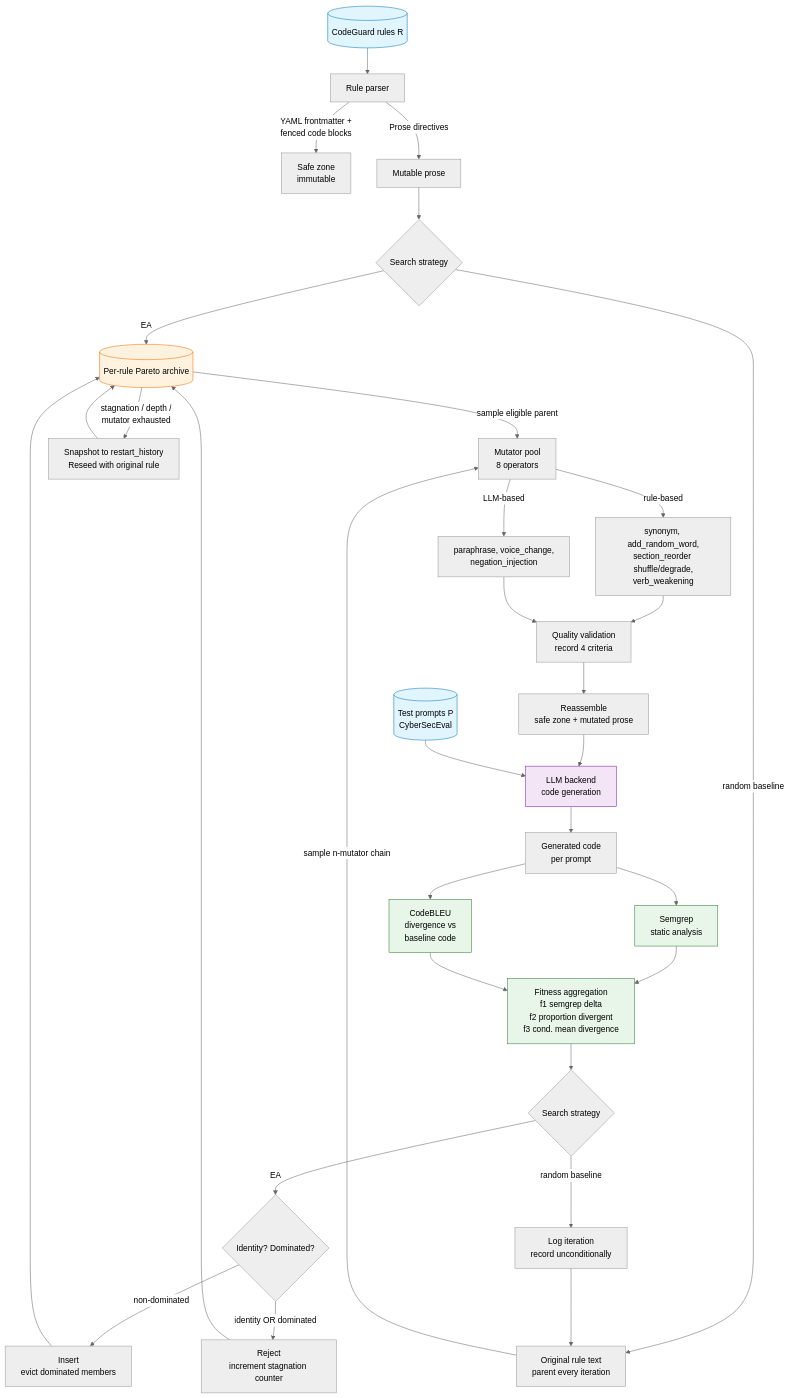
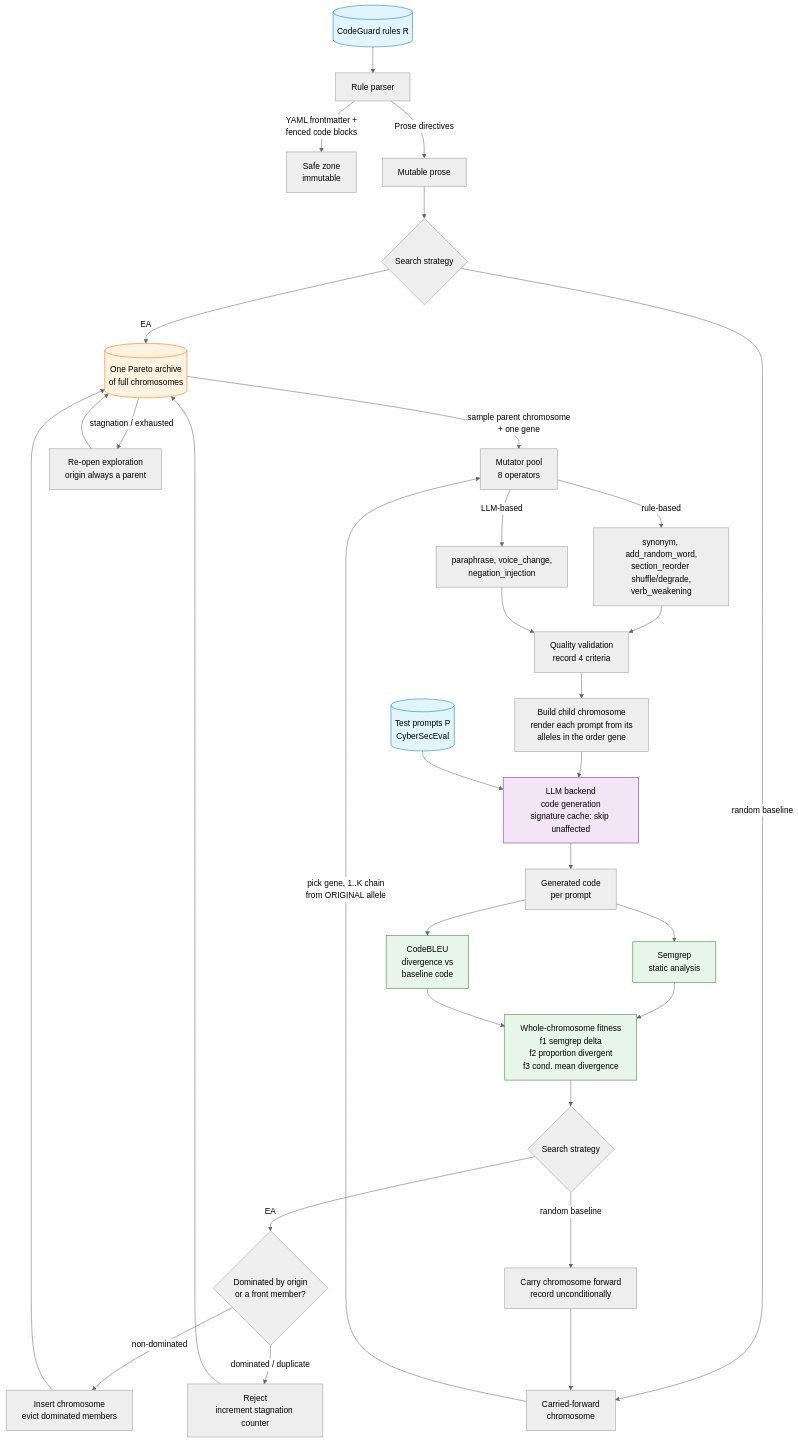
Before and after one commit to RobertoN0/rule-mutation: the diagram in ARCHITECTURE.md, drawn with Mermaid (neutral theme). The commit also changed other lines of this file and 2 other files, not shown here.

First line of the commit message:
docs: rewrite architecture/README/IMPLEMENTATION for the chromosome design

````diff
--- a/ARCHITECTURE.md
+++ b/ARCHITECTURE.md
@@ -16,59 +20,59 @@
 ```mermaid
 flowchart TD
     %% ===== Inputs =====
     R[("CodeGuard rules R")]
     P[("Test prompts P<br/>CyberSecEval")]
 
     %% ===== Rule parsing / safe-zone contract =====
     R --> RP[Rule parser]
     RP -->|YAML frontmatter +<br/>fenced code blocks| SZ[Safe zone<br/>immutable]
     RP -->|Prose directives| MZ[Mutable prose]
 
     %% ===== Strategy split: parent selection =====
     MZ --> STRAT{Search strategy}
-    STRAT -->|EA| ARC[("Per-rule Pareto archive")]
-    STRAT -->|random baseline| ORIG[Original rule text<br/>parent every iteration]
-    ARC -->|sample eligible parent| MUT[Mutator pool<br/>8 operators]
-    ORIG -->|sample n-mutator chain| MUT
+    STRAT -->|EA| ARC[("One Pareto archive<br/>of full chromosomes")]
+    STRAT -->|random baseline| CUR[Carried-forward<br/>chromosome]
+    ARC -->|sample parent chromosome<br/>+ one gene| MUT[Mutator pool<br/>8 operators]
+    CUR -->|pick gene, 1..K chain<br/>from ORIGINAL allele| MUT
 
     %% ===== Mutator pool =====
     MUT -->|rule-based| MB[synonym, add_random_word,<br/>section_reorder shuffle/degrade,<br/>verb_weakening]
     MUT -->|LLM-based| LB[paraphrase, voice_change,<br/>negation_injection]
     MB --> QV[Quality validation<br/>record 4 criteria]
     LB --> QV
-    QV --> ASM[Reassemble<br/>safe zone + mutated prose]
+    QV --> ASM[Build child chromosome<br/>render each prompt from its<br/>alleles in the order gene]
 
     %% ===== Fitness evaluation =====
-    ASM --> LLM[LLM backend<br/>code generation]
+    ASM --> LLM[LLM backend<br/>code generation<br/>signature cache: skip unaffected]
     P --> LLM
     LLM --> CODE[Generated code<br/>per prompt]
     CODE --> SG[Semgrep<br/>static analysis]
     CODE --> CB[CodeBLEU<br/>divergence vs<br/>baseline code]
-    SG --> FIT["Fitness aggregation<br/>f1 semgrep delta<br/>f2 proportion divergent<br/>f3 cond. mean divergence"]
+    SG --> FIT["Whole-chromosome fitness<br/>f1 semgrep delta<br/>f2 proportion divergent<br/>f3 cond. mean divergence"]
     CB --> FIT
 
     %% ===== Acceptance: strategy-dependent =====
     FIT --> ACC{Search strategy}
-    ACC -->|EA| TA{Identity? Dominated?}
-    ACC -->|random baseline| LOG[Log iteration<br/>record unconditionally]
-    LOG --> ORIG
-    TA -->|non-dominated| INS[Insert<br/>evict dominated members]
-    TA -->|identity OR dominated| REJ[Reject<br/>increment stagnation counter]
+    ACC -->|EA| TA{Dominated by origin<br/>or a front member?}
+    ACC -->|random baseline| LOG[Carry chromosome forward<br/>record unconditionally]
+    LOG --> CUR
+    TA -->|non-dominated| INS[Insert chromosome<br/>evict dominated members]
+    TA -->|dominated / duplicate| REJ[Reject<br/>increment stagnation counter]
     INS --> ARC
     REJ --> ARC
 
-    %% ===== Restart triggers (EA only) =====
-    ARC -->|stagnation / depth /<br/>mutator exhausted| RST[Snapshot to restart_history<br/>Reseed with original rule]
+    %% ===== Restart (EA only): re-open, never wipe =====
+    ARC -->|stagnation / exhausted| RST[Re-open exploration<br/>origin always a parent]
     RST --> ARC
 
     %% ===== Styling =====
     classDef input fill:#e1f5fe,stroke:#0277bd,color:#000
     classDef archive fill:#fff3e0,stroke:#ef6c00,color:#000
     classDef llm fill:#f3e5f5,stroke:#7b1fa2,color:#000
     classDef metric fill:#e8f5e9,stroke:#2e7d32,color:#000
 
     class R,P input
     class ARC archive
     class LLM llm
     class FIT,SG,CB metric
 ```
````
